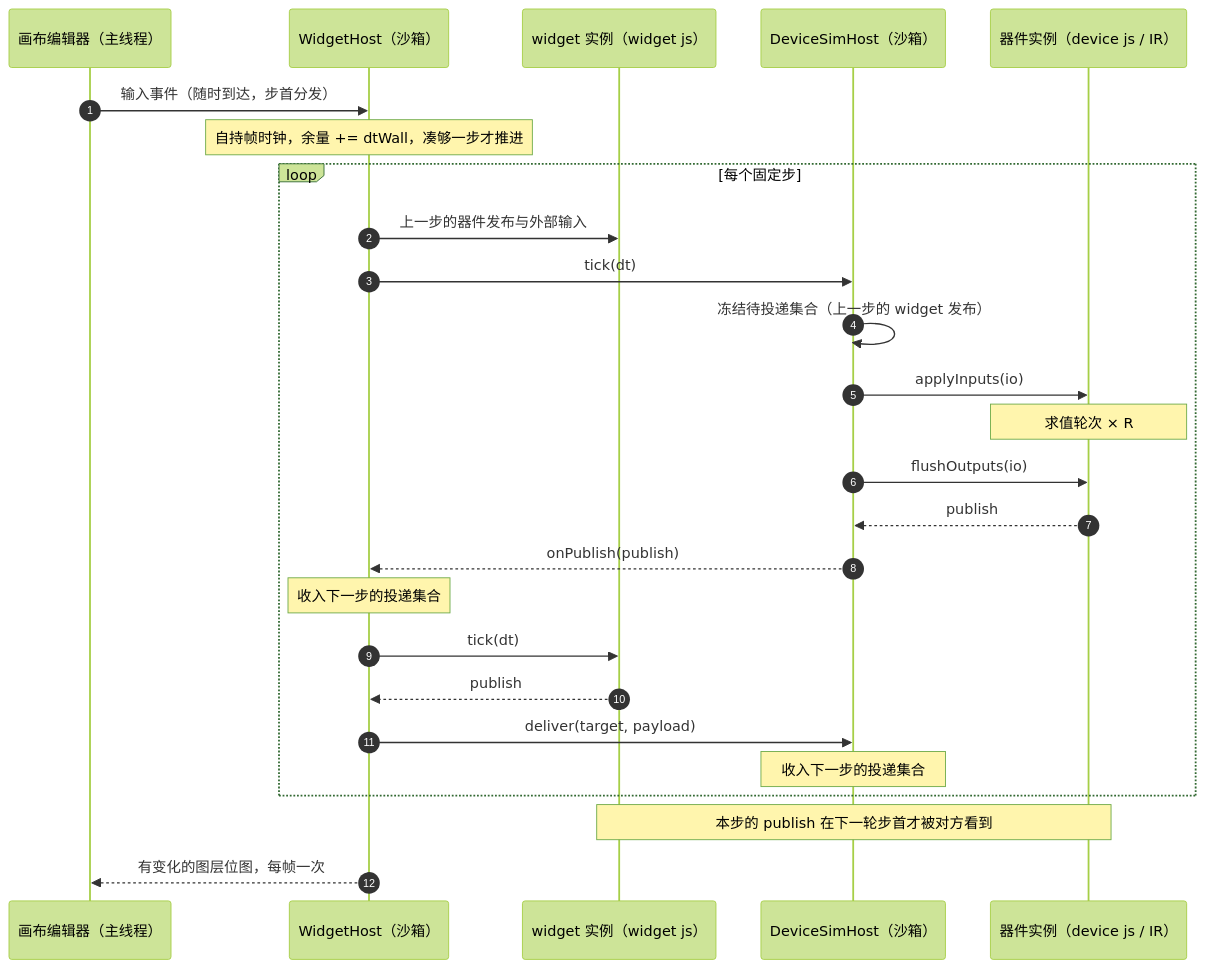
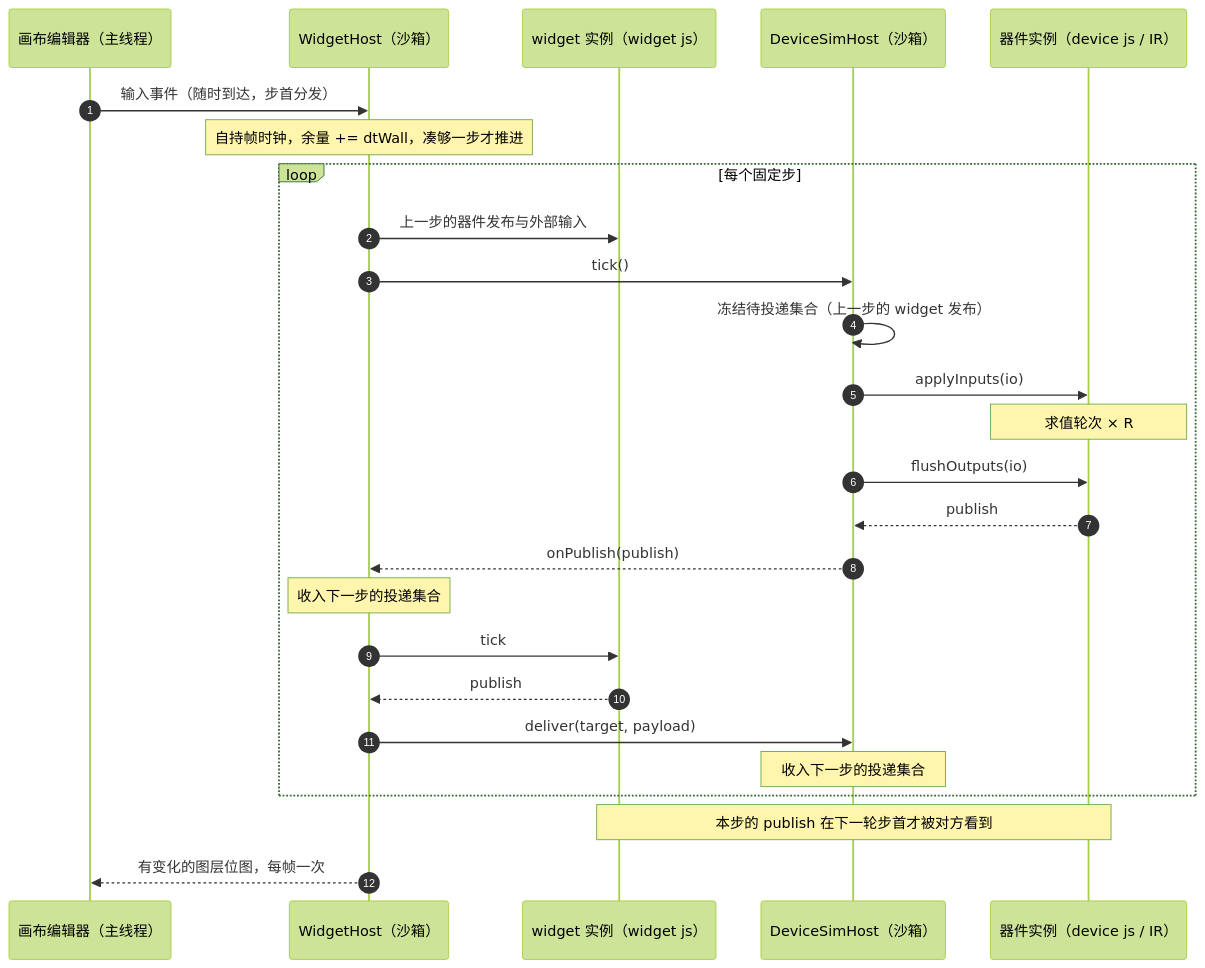
Before and after one commit to x-botlab/mica-js: the diagram in docs/rfc/0018-canvas-runtime.md, drawn with Mermaid (forest theme). The commit also changed other lines of this file and 1 other file, not shown here.

````diff
--- a/docs/rfc/0018-canvas-runtime.md
+++ b/docs/rfc/0018-canvas-runtime.md
@@ -138,31 +137,31 @@
 ```mermaid
 sequenceDiagram
     autonumber
     participant E as 画布编辑器（主线程）
     participant WH as WidgetHost（沙箱）
     participant WJ as widget 实例（widget js）
     participant DS as DeviceSimHost（沙箱）
     participant DJ as 器件实例（device js / IR）
 
     E->>WH: 输入事件（随时到达，步首分发）
     Note over WH: 自持帧时钟，余量 += dtWall，凑够一步才推进
 
     loop 每个固定步
         WH->>WJ: 上一步的器件发布与外部输入
-        WH->>DS: tick(dt)
+        WH->>DS: tick()
         DS->>DS: 冻结待投递集合（上一步的 widget 发布）
         DS->>DJ: applyInputs(io)
         Note over DJ: 求值轮次 × R
         DS->>DJ: flushOutputs(io)
         DJ-->>DS: publish
         DS-->>WH: onPublish(publish)
         Note over WH: 收入下一步的投递集合
-        WH->>WJ: tick(dt)
+        WH->>WJ: tick
         WJ-->>WH: publish
         WH->>DS: deliver(target, payload)
         Note over DS: 收入下一步的投递集合
     end
 
     Note over WJ,DJ: 本步的 publish 在下一轮步首才被对方看到
     WH-->>E: 有变化的图层位图，每帧一次
 ```
````
